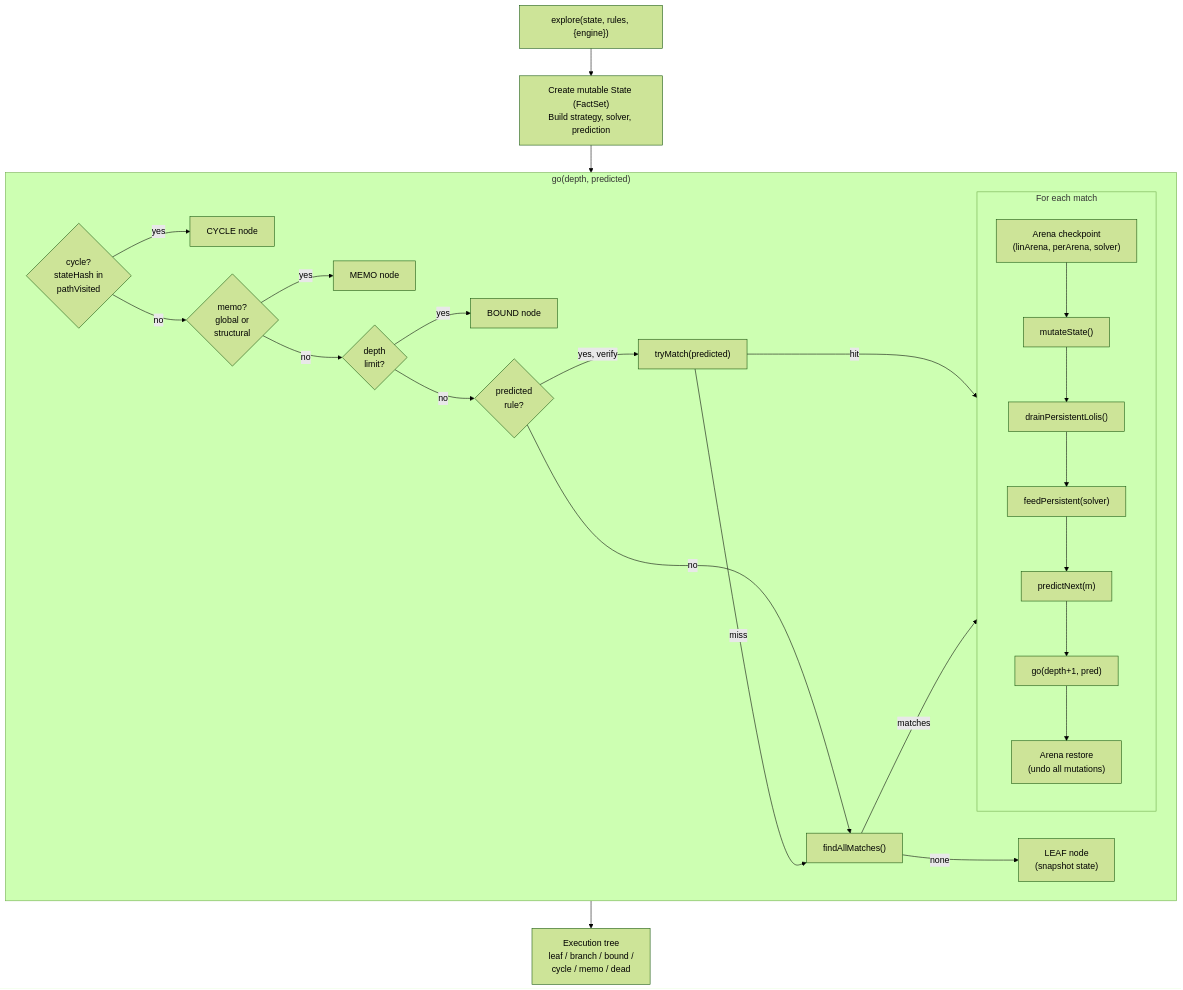
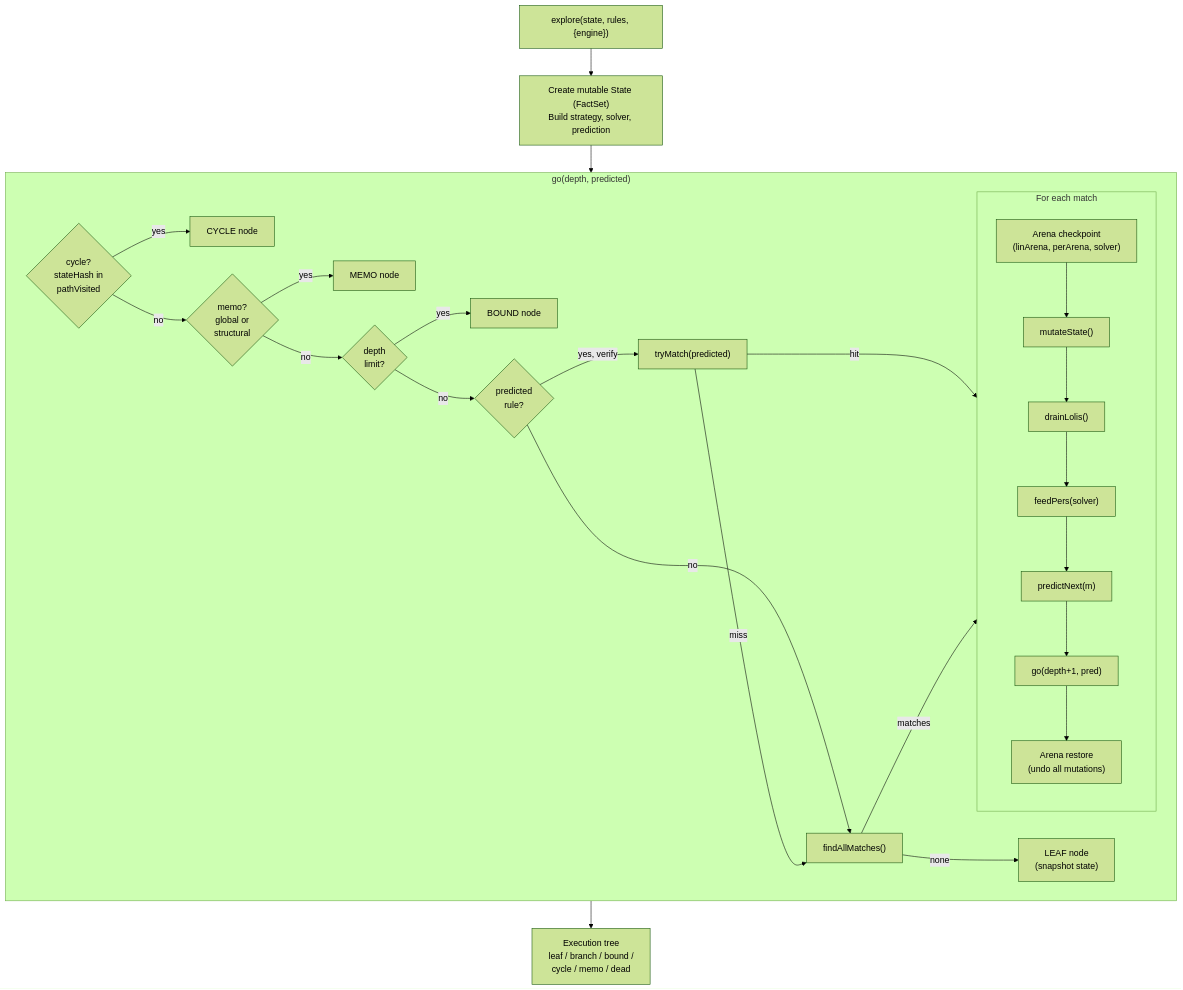
One commit to mhhf/calc changed the sixth of 7 diagrams in doc/documentation/forward-chaining-engine.md. Above: the diagram before and after it, drawn with Mermaid (forest theme). The commit also changed other lines of this file and 127 other files, not shown here.

````diff
--- a/doc/documentation/forward-chaining-engine.md
+++ b/doc/documentation/forward-chaining-engine.md
@@ -279,34 +279,34 @@
 ```mermaid
 flowchart TB
     START["explore(state, rules, {engine})"] --> INIT["Create mutable State (FactSet)<br/>Build strategy, solver, prediction"]
     INIT --> DFS
 
     subgraph DFS["go(depth, predicted)"]
         CYCLE{"cycle?<br/>stateHash in<br/>pathVisited"} --> |"yes"| CYCLENODE["CYCLE node"]
         CYCLE --> |"no"| MEMO{"memo?<br/>global or<br/>structural"}
         MEMO --> |"yes"| MEMONODE["MEMO node"]
         MEMO --> |"no"| DEPTH{"depth<br/>limit?"}
         DEPTH --> |"yes"| BOUNDNODE["BOUND node"]
         DEPTH --> |"no"| PRED{"predicted<br/>rule?"}
         PRED --> |"yes, verify"| TRYMATCH["tryMatch(predicted)"]
         PRED --> |"no"| FIND["findAllMatches()"]
         TRYMATCH --> |"hit"| FOREACH
         TRYMATCH --> |"miss"| FIND
         FIND --> |"none"| LEAF["LEAF node<br/>(snapshot state)"]
         FIND --> |"matches"| FOREACH
 
         subgraph FOREACH["For each match"]
             CHECKPOINT["Arena checkpoint<br/>(linArena, perArena, solver)"]
             MUTATE["mutateState()"]
-            DRAIN["drainPersistentLolis()"]
-            FEED["feedPersistent(solver)"]
+            DRAIN["drainLolis()"]
+            FEED["feedPers(solver)"]
             PREDICT["predictNext(m)"]
             RECURSE["go(depth+1, pred)"]
             UNDO["Arena restore<br/>(undo all mutations)"]
 
             CHECKPOINT --> MUTATE --> DRAIN --> FEED --> PREDICT --> RECURSE --> UNDO
         end
     end
 
     DFS --> TREE["Execution tree<br/>leaf / branch / bound /<br/>cycle / memo / dead"]
 ```
````
